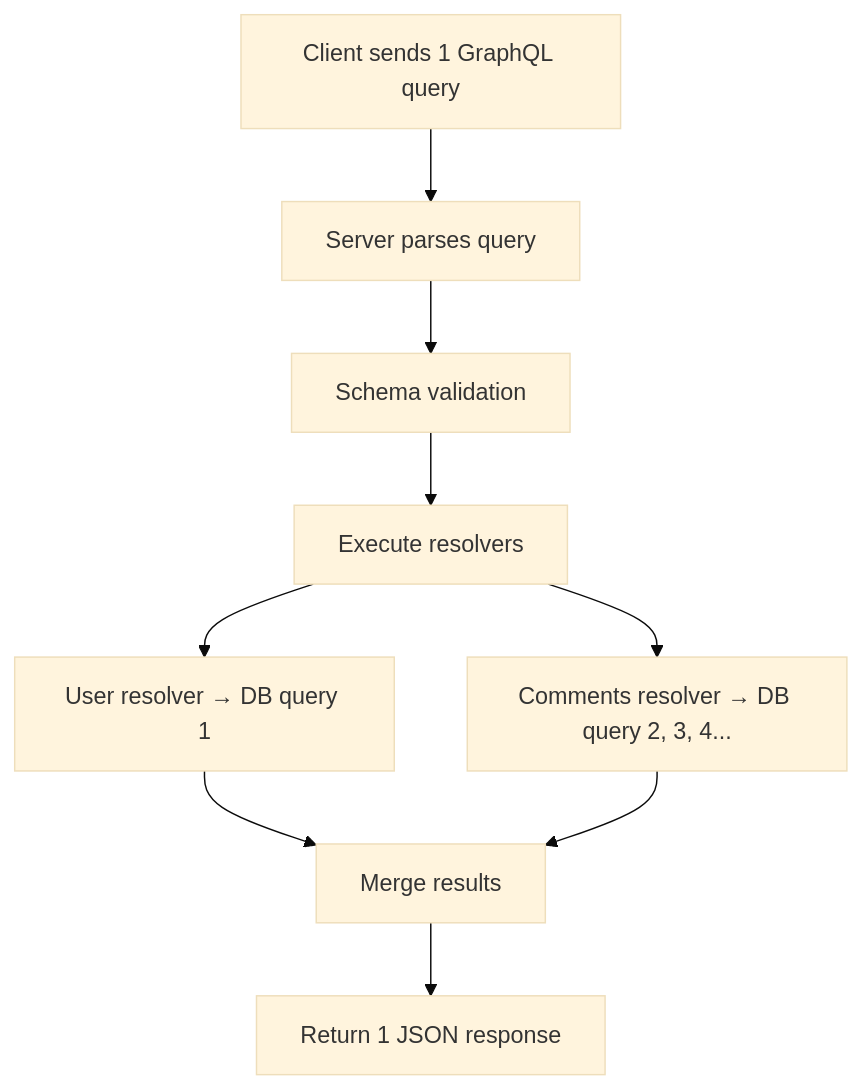
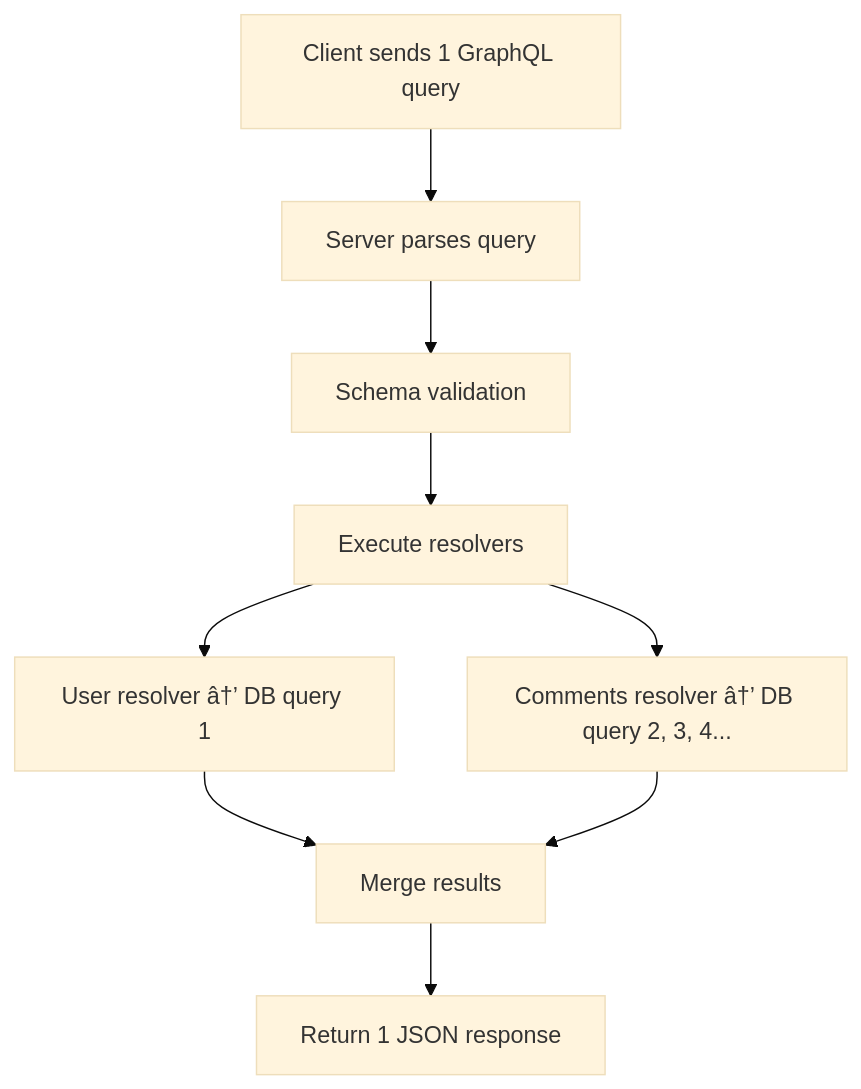
One commit to Patel-Neel-346/Notes changed the fifth of 9 diagrams in Backend-engineering/2-Communication-patterns/2.Request-respone.md. Above: the diagram before and after it, drawn with Mermaid (base theme). The commit also changed other lines of this file and 4 other files, not shown here.

````diff
--- a/Backend-engineering/2-Communication-patterns/2.Request-respone.md
+++ b/Backend-engineering/2-Communication-patterns/2.Request-respone.md
@@ -330,11 +341,11 @@
 ```mermaid
 flowchart TD
     A["Client sends 1 GraphQL query"] --> B["Server parses query"]
     B --> C["Schema validation"]
     C --> D["Execute resolvers"]
-    D --> E["User resolver → DB query 1"]
-    D --> F["Comments resolver → DB query 2, 3, 4..."]
+    D --> E["User resolver â†’ DB query 1"]
+    D --> F["Comments resolver â†’ DB query 2, 3, 4..."]
     E --> G["Merge results"]
     F --> G
     G --> H["Return 1 JSON response"]
 ```
````
